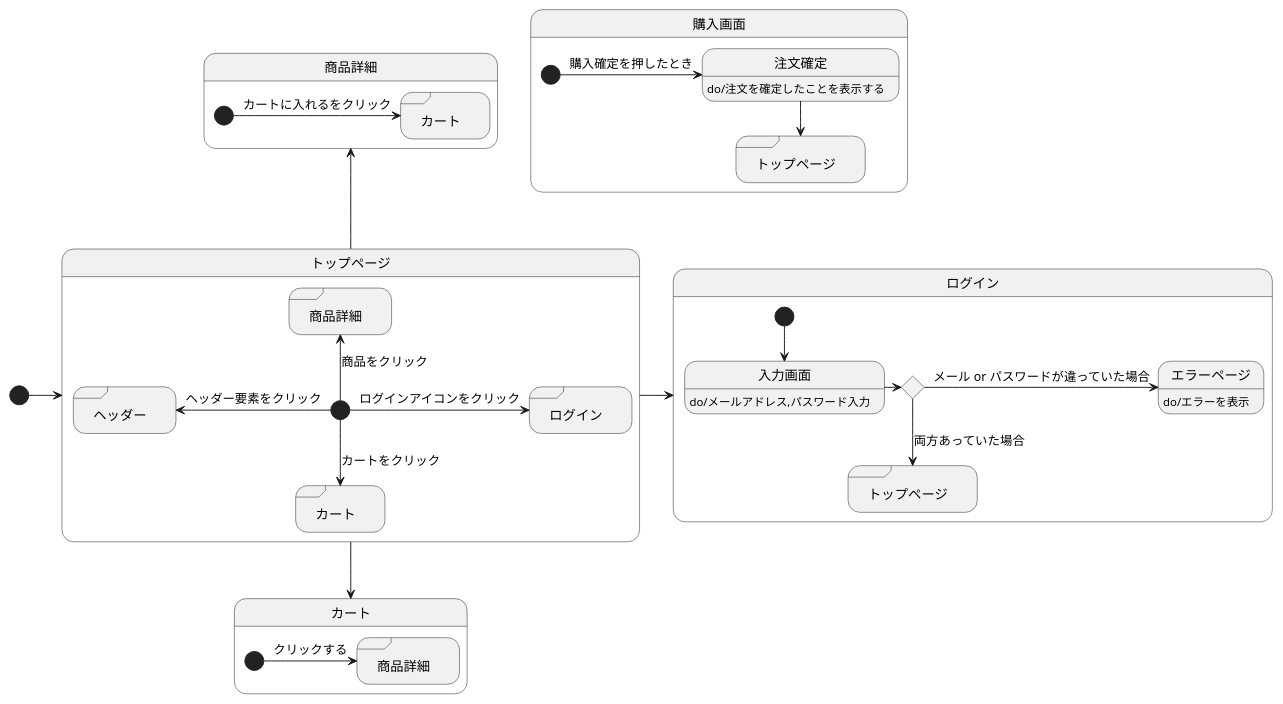
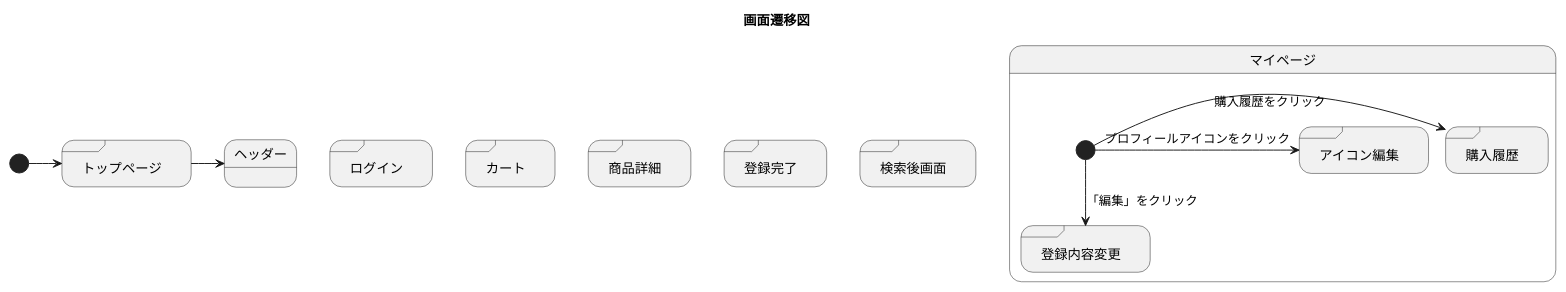
Before and after one commit to akutori/T-D-E: the diagram in UML.md, drawn with PlantUML.

Commit message:
編集

````diff
--- a/UML.md
+++ b/UML.md
@@ -1,54 +1,29 @@
 ```uml
 @startuml
+title 画面遷移図
+state "ログイン" as login <<sdlreceive>>
+state "カート" as cart <<sdlreceive>>
+state "商品詳細" as detail <<sdlreceive>>
+state "トップページ" as main <<sdlreceive>>
+state "登録完了" as completionofregistration <<sdlreceive>>
+state "検索後画面" as search <<sdlreceive>>
 
-[*]->トップページ
-トップページ->ログイン
-トップページ-->カート
-トップページ-up->商品詳細
+[*]->main
+main->ヘッダー
 
-state トップページ<<mainpage>>{
-state "ログイン" as maintologin <<sdlreceive>>
-state "カート" as maintocart <<sdlreceive>>
-state "商品詳細" as maintodetail <<sdlreceive>>
-state "ヘッダー" as headder <<sdlreceive>>
-    [*]-> maintologin :ログインアイコンをクリック
-    [*]--> maintocart :カートをクリック
-    [*]-up-> maintodetail :商品をクリック
-    [*]-left-> headder :ヘッダー要素をクリック
-}
 
-state ログイン<<login>>{
-state input <<choice>>
-state "トップページ" as logintomain<<sdlreceive>>
-
-入力画面:do/メールアドレス,パスワード入力
-エラーページ:do/エラーを表示
-    [*]--> 入力画面
-    入力画面->input
-    input->エラーページ:メール or パスワードが違っていた場合
-    input-->logintomain : 両方あっていた場合
+state ヘッダー{
 
 }
 
-state 購入画面{
-state "トップページ" as detailtomain<<sdlreceive>>
-注文確定:do/注文を確定したことを表示する
-    [*]->注文確定 :購入確定を押したとき
-    注文確定-->detailtomain
+state マイページ{
+state "購入履歴" as bought <<sdlreceive>>
+state "アイコン編集" as icon <<sdlreceive>>
+state "登録内容変更" as change <<sdlreceive>>
+
+[*]->bought : 購入履歴をクリック
+[*]-->change : 「編集」をクリック
+[*]->icon : プロフィールアイコンをクリック
 }
-
-
-state カート{
-state "商品詳細" as carttodetail <<sdlreceive>>
-
-    [*]->carttodetail :クリックする
-}
-
-state 商品詳細<<detail>>{
-state "カート" as detailtocart <<sdlreceive>>
-
-    [*]->detailtocart :カートに入れるをクリック
-}
-
 @enduml
 ```
````
